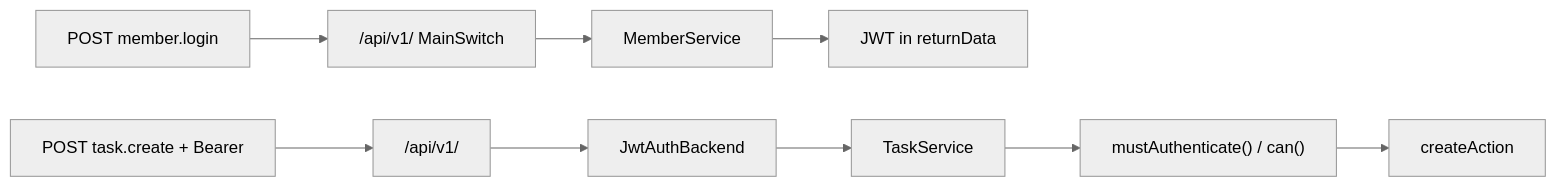
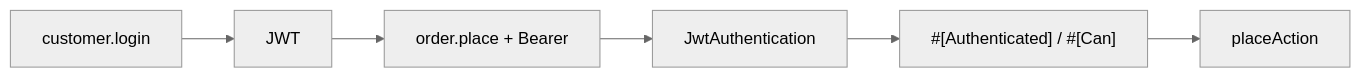
Before and after one commit to PioniaPHP-project/pionia-docs: the diagram in content/docs/documentation/security/_index.md, drawn with Mermaid (neutral theme). The commit also changed other lines of this file and 268 other files, not shown here.

```diff
--- a/content/docs/documentation/security/_index.md
+++ b/content/docs/documentation/security/_index.md
@@ -40,11 +44,8 @@
 {{< mermaid >}}
 flowchart LR
-  Client["POST member.login"] --> Switch["/api/v1/ MainSwitch"]
-  Switch --> Member[MemberService]
-  Member --> JWT[JWT in returnData]
-  Client2["POST task.create + Bearer"] --> Switch2["/api/v1/"]
-  Switch2 --> Backend[JwtAuthBackend]
-  Backend --> Task[TaskService]
-  Task --> AuthZ["mustAuthenticate() / can()"]
-  AuthZ --> Action[createAction]
+  Login["customer.login"] --> Token[JWT]
+  Token --> Call["order.place + Bearer"]
+  Call --> Jwt[JwtAuthentication]
+  Jwt --> Attr["#[Authenticated] / #[Can]"]
+  Attr --> Work[placeAction]
 {{< /mermaid >}}
```
